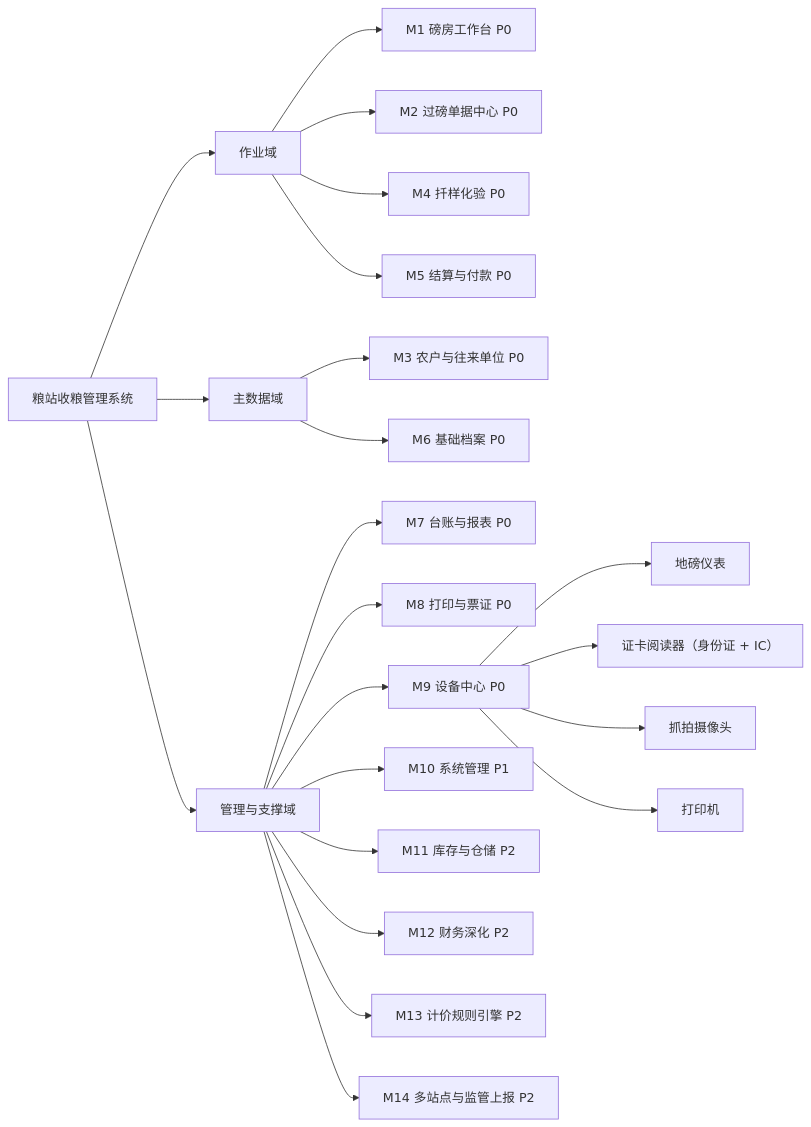
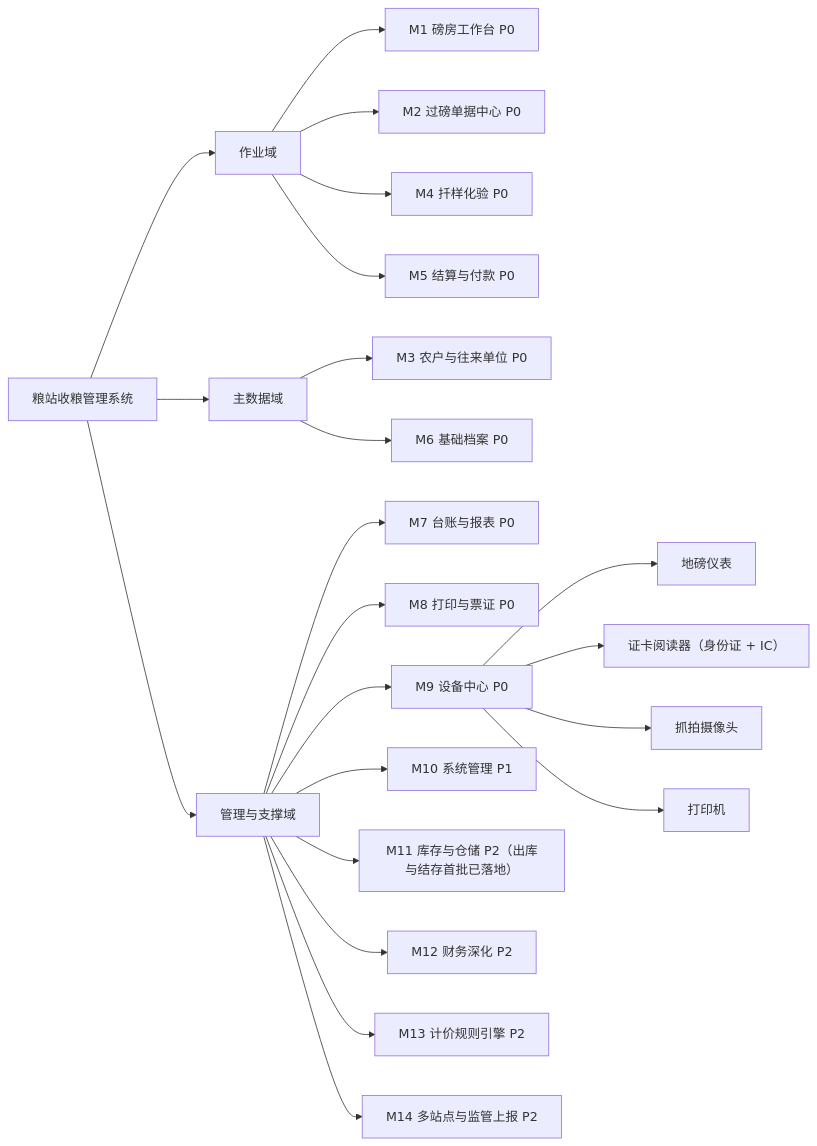
One commit to datawalkcloud/BangHe changed the first of 2 diagrams in docs/design/02-功能模块规划.md. Above: the diagram before and after it, drawn with Mermaid. The commit also changed other lines of this file and 101 other files, not shown here.

````diff
--- a/docs/design/02-功能模块规划.md
+++ b/docs/design/02-功能模块规划.md
@@ -17,28 +17,28 @@
 ```mermaid
 flowchart LR
     Root["粮站收粮管理系统"] --> A["作业域"]
     Root --> B["主数据域"]
     Root --> C["管理与支撑域"]
 
     A --> M1["M1 磅房工作台 P0"]
     A --> M2["M2 过磅单据中心 P0"]
     A --> M4["M4 扦样化验 P0"]
     A --> M5["M5 结算与付款 P0"]
 
     B --> M3["M3 农户与往来单位 P0"]
     B --> M6["M6 基础档案 P0"]
 
     C --> M7["M7 台账与报表 P0"]
     C --> M8["M8 打印与票证 P0"]
     C --> M9["M9 设备中心 P0"]
     C --> M10["M10 系统管理 P1"]
-    C --> M11["M11 库存与仓储 P2"]
+    C --> M11["M11 库存与仓储 P2（出库与结存首批已落地）"]
     C --> M12["M12 财务深化 P2"]
     C --> M13["M13 计价规则引擎 P2"]
     C --> M14["M14 多站点与监管上报 P2"]
 
     M9 --> D1["地磅仪表"]
     M9 --> D2["证卡阅读器（身份证 + IC）"]
     M9 --> D3["抓拍摄像头"]
     M9 --> D4["打印机"]
 ```
````
